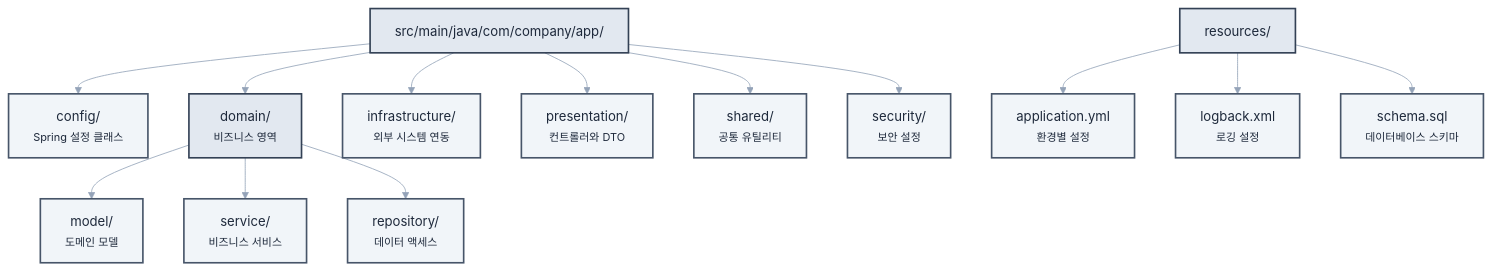
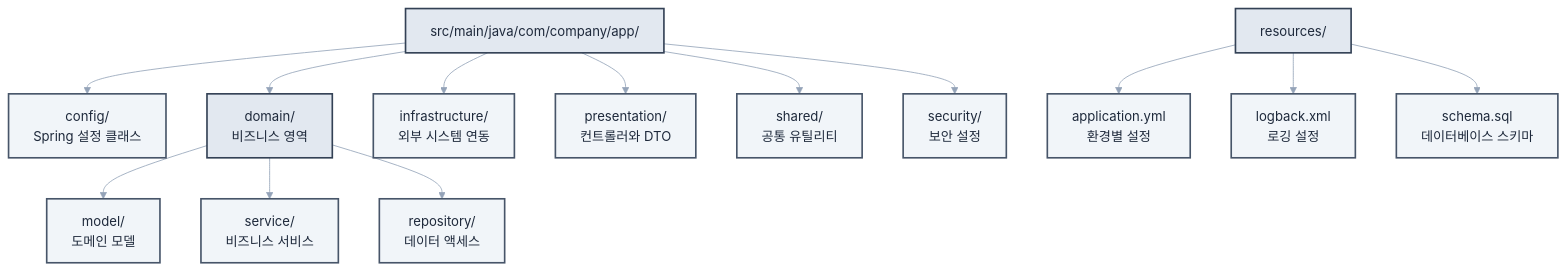
Before and after one commit to revfactory/claude-code-mastering: the second of 5 diagrams in book/06-chapter6.md, drawn with Mermaid. The commit also changed other lines of this file and 10 other files, not shown here.

First line of the commit message:
fix: 챕터 2-13 Mermaid 다이어그램 텍스트 렌더링 최적화

````diff
--- a/book/06-chapter6.md
+++ b/book/06-chapter6.md
@@ -904,24 +904,24 @@
 ```mermaid
-%%{init: {"theme": "base", "themeVariables": {"primaryColor": "#f8fafc", "primaryTextColor": "#1e293b", "primaryBorderColor": "#e2e8f0", "lineColor": "#94a3b8", "secondaryColor": "#f1f5f9", "tertiaryColor": "#e2e8f0"}}}%%
+%%{init: {"theme": "base", "themeVariables": {"primaryColor": "#f8fafc", "primaryTextColor": "#1e293b", "primaryBorderColor": "#e2e8f0", "lineColor": "#94a3b8", "secondaryColor": "#f1f5f9", "tertiaryColor": "#e2e8f0"}, "flowchart": {"htmlLabels": false, "useMaxWidth": false}}}%%
 graph TD
-    A[src/main/java/com/company/app/] --> B[config/<br/><small>Spring 설정 클래스</small>]
-    A --> C[domain/<br/><small>비즈니스 영역</small>]
-    A --> D[infrastructure/<br/><small>외부 시스템 연동</small>]
-    A --> E[presentation/<br/><small>컨트롤러와 DTO</small>]
-    A --> F[shared/<br/><small>공통 유틸리티</small>]
-    A --> G[security/<br/><small>보안 설정</small>]
+    A[src/main/java/com/company/app/] --> B[config/<br/>Spring 설정 클래스]
+    A --> C[domain/<br/>비즈니스 영역]
+    A --> D[infrastructure/<br/>외부 시스템 연동]
+    A --> E[presentation/<br/>컨트롤러와 DTO]
+    A --> F[shared/<br/>공통 유틸리티]
+    A --> G[security/<br/>보안 설정]
     
-    C --> H[model/<br/><small>도메인 모델</small>]
-    C --> I[service/<br/><small>비즈니스 서비스</small>]
-    C --> J[repository/<br/><small>데이터 액세스</small>]
+    C --> H[model/<br/>도메인 모델]
+    C --> I[service/<br/>비즈니스 서비스]
+    C --> J[repository/<br/>데이터 액세스]
     
-    K[resources/] --> L[application.yml<br/><small>환경별 설정</small>]
-    K --> M[logback.xml<br/><small>로깅 설정</small>]
-    K --> N[schema.sql<br/><small>데이터베이스 스키마</small>]
+    K[resources/] --> L[application.yml<br/>환경별 설정]
+    K --> M[logback.xml<br/>로깅 설정]
+    K --> N[schema.sql<br/>데이터베이스 스키마]
     
     classDef configStyle fill:#e2e8f0,stroke:#334155,stroke-width:2px,color:#1e293b
     classDef domainStyle fill:#f1f5f9,stroke:#475569,stroke-width:2px,color:#1e293b
     
     class B,D,E,F,G,H,I,J,L,M,N domainStyle
     class A,C,K configStyle
 ```
````
